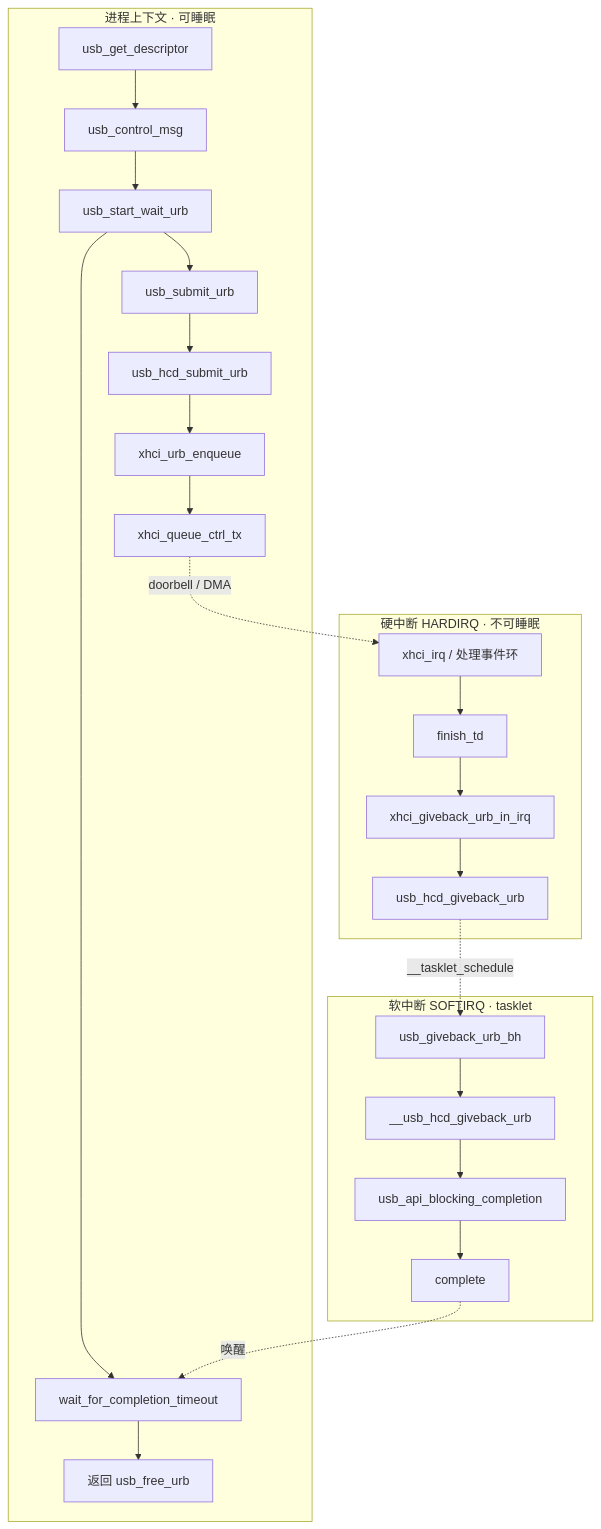
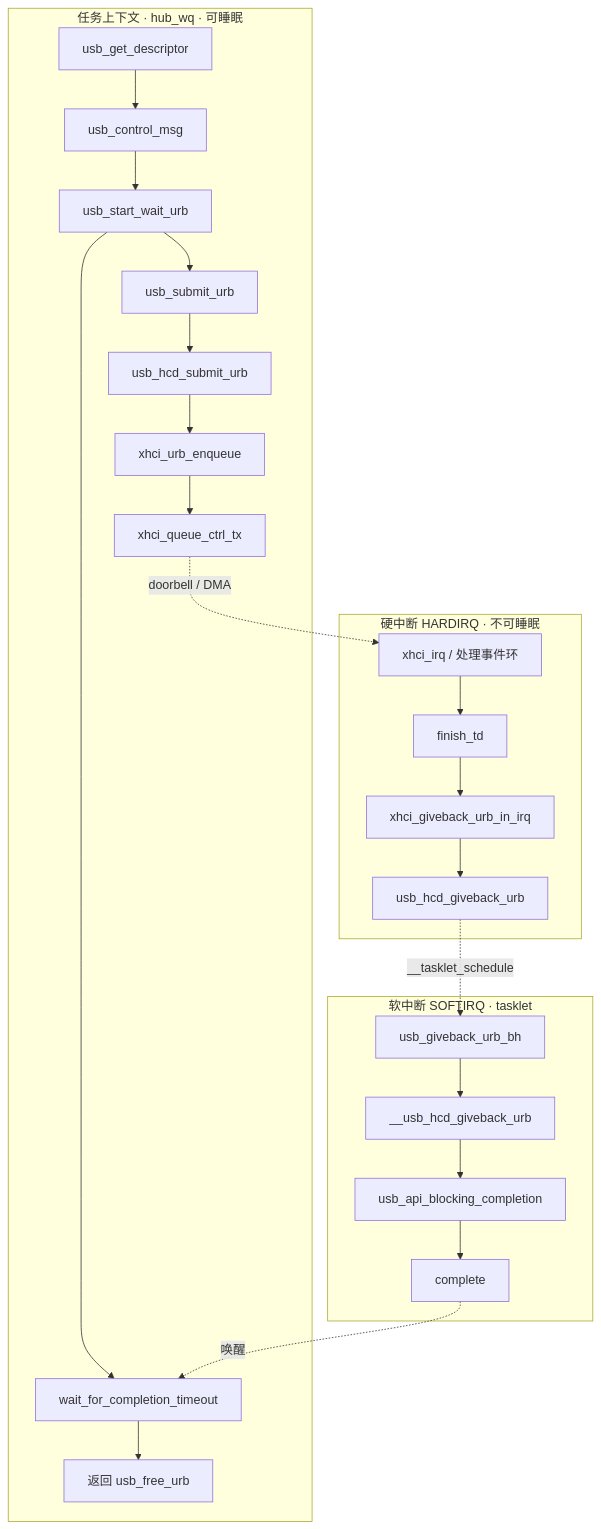
One commit to dengtaowei/kernel-learn changed the diagram in linux-6.8/usb-get-descriptor-trace.md. Above: the diagram before and after it, drawn with Mermaid. The commit also changed other lines of this file and 2 other files, not shown here.

Commit message:
add hub-port-init analysis

````diff
--- a/linux-6.8/usb-get-descriptor-trace.md
+++ b/linux-6.8/usb-get-descriptor-trace.md
@@ -66,38 +66,38 @@
 ```mermaid
 flowchart TB
-    subgraph TASK["进程上下文 · 可睡眠"]
+    subgraph TASK["任务上下文 · hub_wq · 可睡眠"]
         G[usb_get_descriptor]
         C[usb_control_msg]
         W[usb_start_wait_urb]
         S[usb_submit_urb]
         H[usb_hcd_submit_urb]
         E[xhci_urb_enqueue]
         Q[xhci_queue_ctrl_tx]
         Wait[wait_for_completion_timeout]
         Ret[返回 usb_free_urb]
         G --> C --> W
         W --> S --> H --> E --> Q
         W --> Wait
     end
 
     subgraph HARD["硬中断 HARDIRQ · 不可睡眠"]
         IRQ[xhci_irq / 处理事件环]
         FT[finish_td]
         GI[xhci_giveback_urb_in_irq]
         GB[usb_hcd_giveback_urb]
         IRQ --> FT --> GI --> GB
     end
 
     subgraph SOFT["软中断 SOFTIRQ · tasklet"]
         BH[usb_giveback_urb_bh]
         GU[__usb_hcd_giveback_urb]
         CB[usb_api_blocking_completion]
         CMP[complete]
         BH --> GU --> CB --> CMP
     end
 
     Q -.->|doorbell / DMA| IRQ
     GB -.->|__tasklet_schedule| BH
     CMP -.->|唤醒| Wait
     Wait --> Ret
 ```
````
